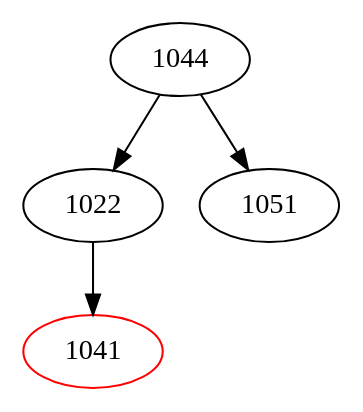
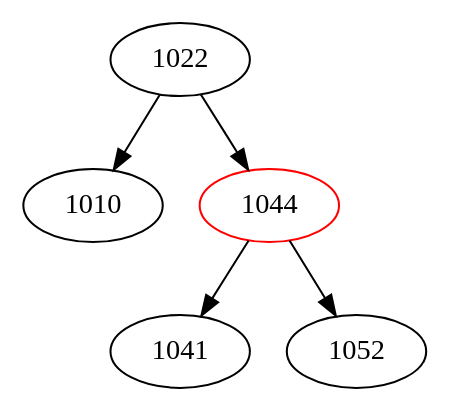
One commit to DanielDourado00/ED-II changed the diagram in arvore.dot. Above: the diagram before and after it, drawn with Graphviz. The commit also changed 4 other files, not shown here.

```diff
--- a/arvore.dot
+++ b/arvore.dot
@@ -1,9 +1,11 @@
 digraph ArvoreRubroNegra {
-1044 [label="1044", color=black];
-1044 -> 1022;
 1022 [label="1022", color=black];
-1022 -> 1041;
-1041 [label="1041", color=red];
-1044 -> 1051;
-1051 [label="1051", color=black];
+1022 -> 1010;
+1010 [label="1010", color=black];
+1022 -> 1044;
+1044 [label="1044", color=red];
+1044 -> 1041;
+1041 [label="1041", color=black];
+1044 -> 1052;
+1052 [label="1052", color=black];
 }
```
